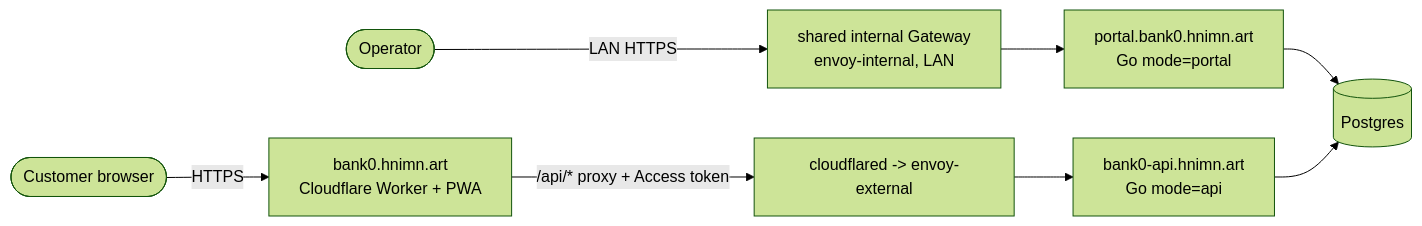
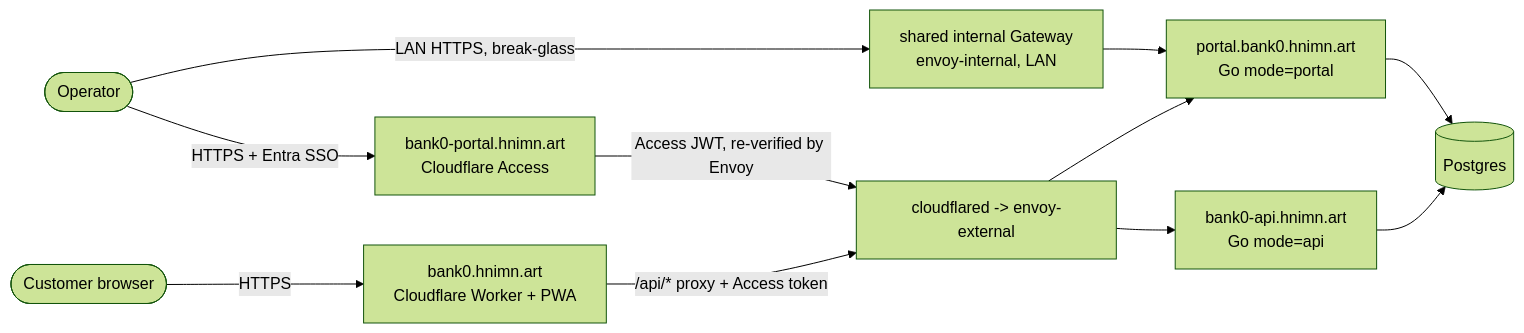
The first of 3 diagrams in docs/04-deployment.md (minhtt159/bank0), drawn with Mermaid (forest theme) before and after one commit. The commit also changed other lines of this file and 4 other files, not shown here.

First line of the commit message:
feat(portal): per-IP limiter on console login; document the Access-gated public route

````diff
--- a/docs/04-deployment.md
+++ b/docs/04-deployment.md
@@ -42,10 +43,13 @@
 ```mermaid
 graph LR
-    Op([Operator]) -->|LAN HTTPS| GWi["shared internal Gateway<br/>envoy-internal, LAN"]
+    Op([Operator]) -->|LAN HTTPS, break-glass| GWi["shared internal Gateway<br/>envoy-internal, LAN"]
+    Op -->|"HTTPS + Entra SSO"| CFA["bank0-portal.hnimn.art<br/>Cloudflare Access"]
+    CFA -->|"Access JWT, re-verified by Envoy"| GWx
     Cust([Customer browser]) -->|HTTPS| CFW["bank0.hnimn.art<br/>Cloudflare Worker + PWA"]
     CFW -->|"/api/* proxy + Access token"| GWx["cloudflared -> envoy-external"]
     GWi --> Portal["portal.bank0.hnimn.art<br/>Go mode=portal"]
     GWx --> API["bank0-api.hnimn.art<br/>Go mode=api"]
+    GWx --> Portal
     Portal --> PG[(Postgres)]
     API --> PG
 ```
````
